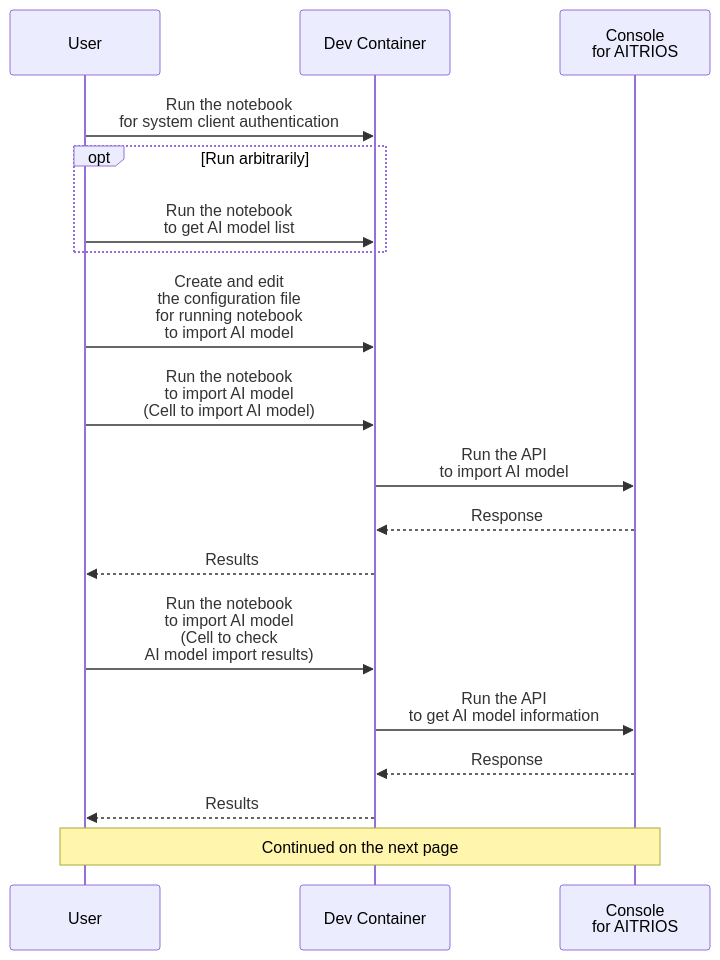
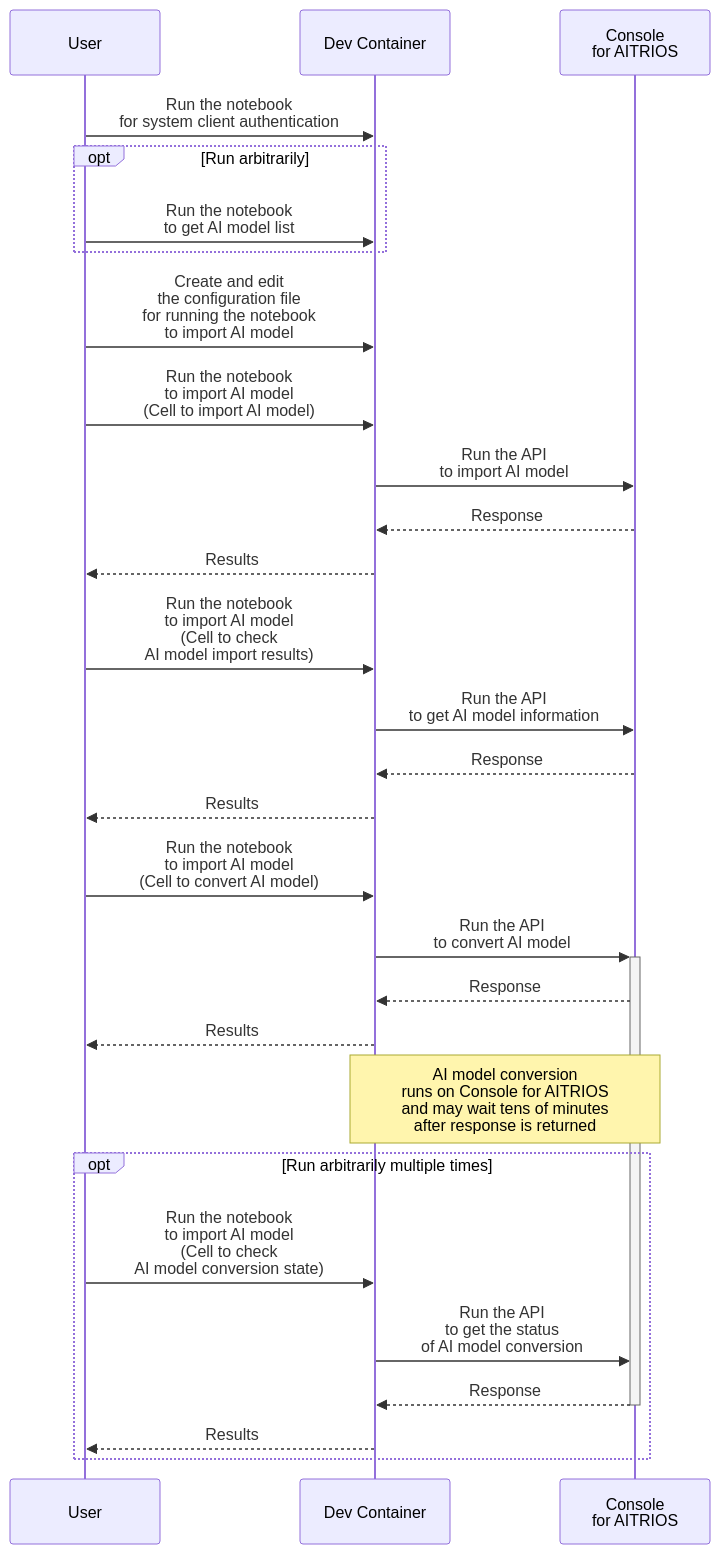
Before and after one commit to ZucchiniTang/aitrios-sdk-vision-sensing-app: the sixth of 9 diagrams in docs/development-docs/AsciiDoc/VisionandSensingApplicationSDK_FuncSpec_ModelAndPPLImport.adoc, drawn with Mermaid. The commit also changed other lines of this file and 255 other files, not shown here.

```diff
--- a/docs/development-docs/AsciiDoc/VisionandSensingApplicationSDK_FuncSpec_ModelAndPPLImport.adoc
+++ b/docs/development-docs/AsciiDoc/VisionandSensingApplicationSDK_FuncSpec_ModelAndPPLImport.adoc
@@ -314,26 +310,37 @@
-[mermaid]
+[mermaid, target="Sequence to import AI model"]
 ----
 %%{init:{'themeCSS':'text.actor {font-size:18px !important;} .messageText {font-size:18px !important;} .loopText {font-size:18px !important;} .noteText {font-size:18px !important;}'}}%%
 sequenceDiagram
   participant user as User
   participant container as Dev Container
   participant console as Console<br>for AITRIOS
 
-  user->>container: Run the notebook<br>for system client authentication
+  user->>container: Run the notebook <br> for system client authentication
   opt Run arbitrarily
-    user->>container: Run the notebook<br>to get AI model list
+    user->>container: Run the notebook <br> to get AI model list
   end
-  user->>container: Create and edit<br>the configuration file<br>for running notebook<br>to import AI model
-  user->>container: Run the notebook<br>to import AI model<br>(Cell to import AI model)
+  user->>container: Create and edit <br> the configuration file <br> for running the notebook <br> to import AI model
+  user->>container: Run the notebook <br> to import AI model <br> (Cell to import AI model)
 
-  container->>console: Run the API<br>to import AI model
+  container->>console: Run the API <br> to import AI model
   console-->>container: Response
   container-->>user: Results
 
-  user->>container: Run the notebook<br>to import AI model<br>(Cell to check<br>AI model import results)
-  container->>console: Run the API<br>to get AI model information
+  user->>container: Run the notebook <br> to import AI model <br> (Cell to check <br> AI model import results)
+  container->>console: Run the API <br> to get AI model information
   console-->>container: Response
   container-->>user: Results
 
-  Note over user, console: Continued on the next page
+  user->>container: Run the notebook <br> to import AI model <br> (Cell to convert AI model)
+  container->>+console: Run the API <br> to convert AI model
+  console-->>container: Response
+  container-->>user: Results
+  Note over container, console: AI model conversion <br> runs on Console for AITRIOS <br> and may wait tens of minutes <br> after response is returned
+
+  opt Run arbitrarily multiple times
+    user->>container: Run the notebook <br> to import AI model <br> (Cell to check <br> AI model conversion state)
+    container->>console: Run the API <br> to get the status <br> of AI model conversion
+    console-->>-container: Response
+    container-->>user: Results
+  end
 ----
```
